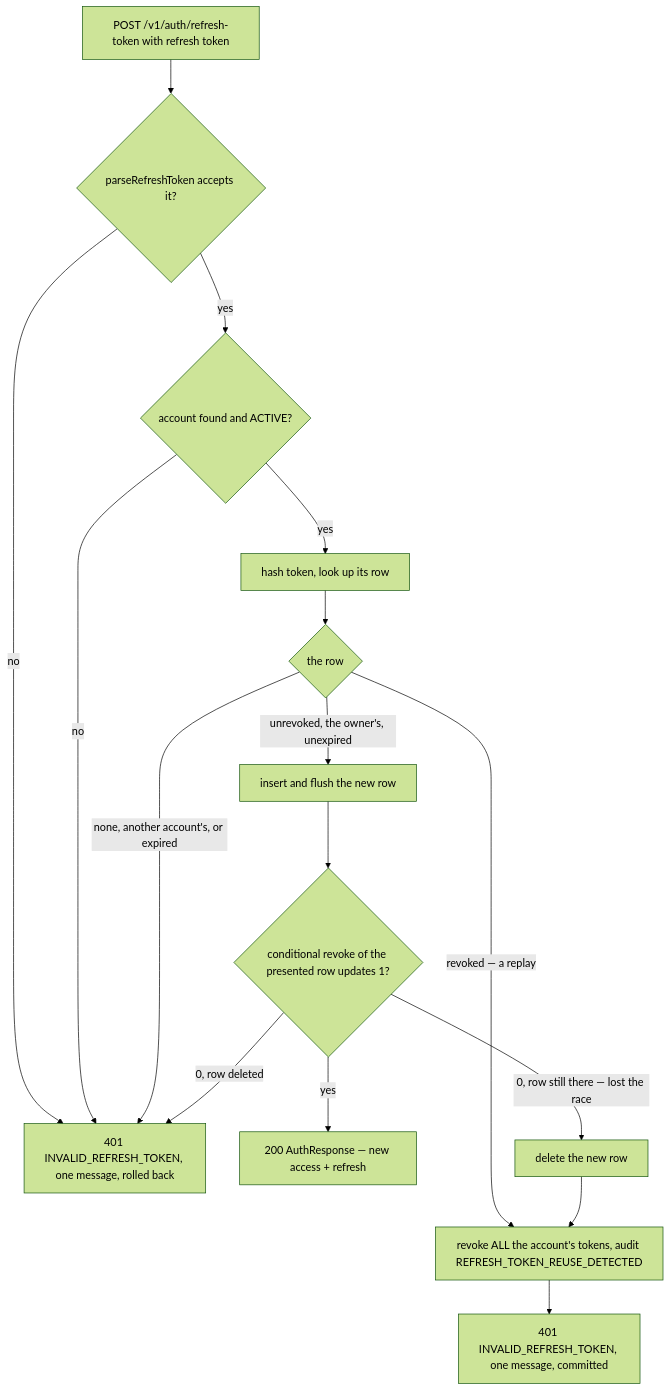
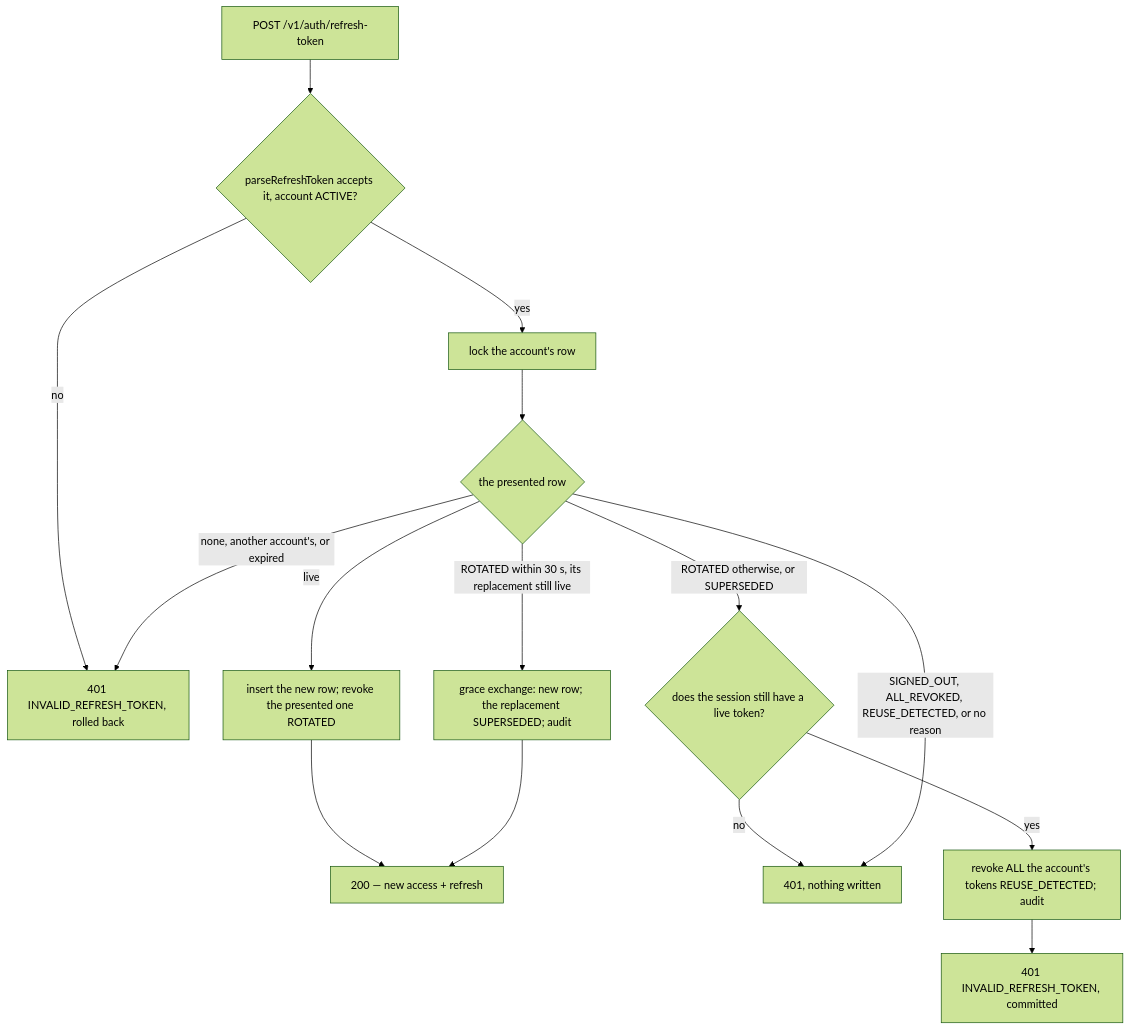
Before and after one commit to cropdoor/cropdoor-almanac: the second of 2 diagrams in docs/auth/jwt-sessions-and-refresh.md, drawn with Mermaid (forest theme). The commit also changed other lines of this file, not shown here.

Commit message:
auth: JWT sessions & refresh — the token chain as shipped by the security follow-up (#386): the account lock, V173's revocation reasons, the 30 s grace window, the theft alarm only while the session is live (at refresh and at logout), sign-out following a rotated session

````diff
--- a/docs/auth/jwt-sessions-and-refresh.md
+++ b/docs/auth/jwt-sessions-and-refresh.md
@@ -144,18 +168,17 @@
 ```mermaid
 flowchart TD
-    A["POST /v1/auth/refresh-token with refresh token"] --> V{"parseRefreshToken accepts it?"}
-    V -->|"no"| X["401 INVALID_REFRESH_TOKEN, one message, rolled back"]
-    V -->|"yes"| U{"account found and ACTIVE?"}
-    U -->|"no"| X
-    U -->|"yes"| H["hash token, look up its row"]
-    H --> M{"the row"}
+    A["POST /v1/auth/refresh-token"] --> V{"parseRefreshToken accepts it, account ACTIVE?"}
+    V -->|"no"| X["401 INVALID_REFRESH_TOKEN, rolled back"]
+    V -->|"yes"| L["lock the account's row"]
+    L --> M{"the presented row"}
     M -->|"none, another account's, or expired"| X
-    M -->|"revoked — a replay"| Z["revoke ALL the account's tokens, audit REFRESH_TOKEN_REUSE_DETECTED"]
-    M -->|"unrevoked, the owner's, unexpired"| I["insert and flush the new row"]
-    I --> C{"conditional revoke of the presented row updates 1?"}
-    C -->|"yes"| OK["200 AuthResponse — new access + refresh"]
-    C -->|"0, row deleted"| X
-    C -->|"0, row still there — lost the race"| D["delete the new row"]
-    D --> Z
-    Z --> Y["401 INVALID_REFRESH_TOKEN, one message, committed"]
+    M -->|"live"| R["insert the new row; revoke the presented one ROTATED"]
+    R --> OK["200 — new access + refresh"]
+    M -->|"ROTATED within 30 s, its replacement still live"| G["grace exchange: new row; the replacement SUPERSEDED; audit"]
+    G --> OK
+    M -->|"ROTATED otherwise, or SUPERSEDED"| E{"does the session still have a live token?"}
+    E -->|"no"| P["401, nothing written"]
+    E -->|"yes"| Z["revoke ALL the account's tokens REUSE_DETECTED; audit"]
+    Z --> Y["401 INVALID_REFRESH_TOKEN, committed"]
+    M -->|"SIGNED_OUT, ALL_REVOKED, REUSE_DETECTED, or no reason"| P
 ```
````
